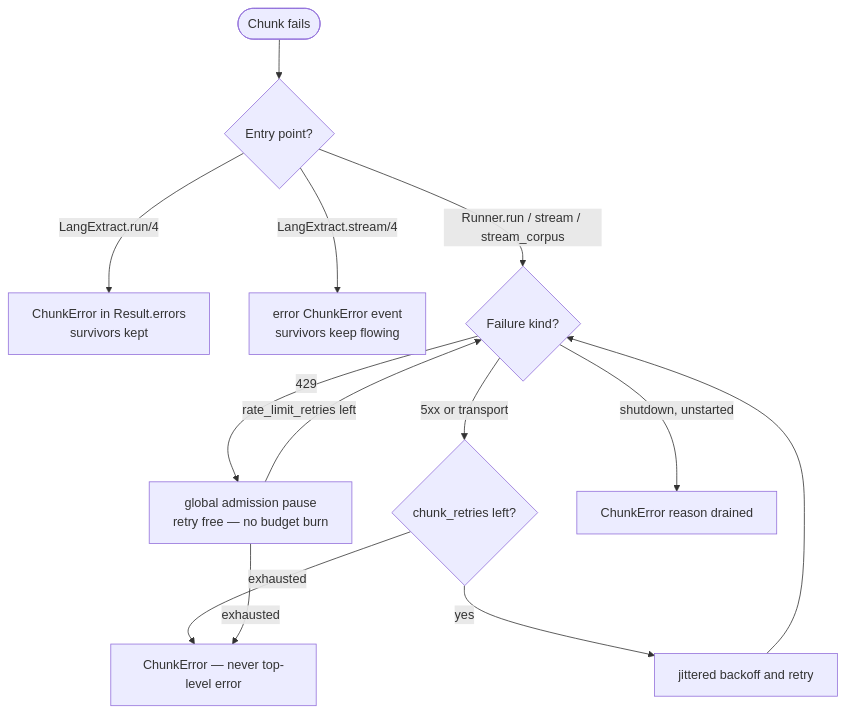
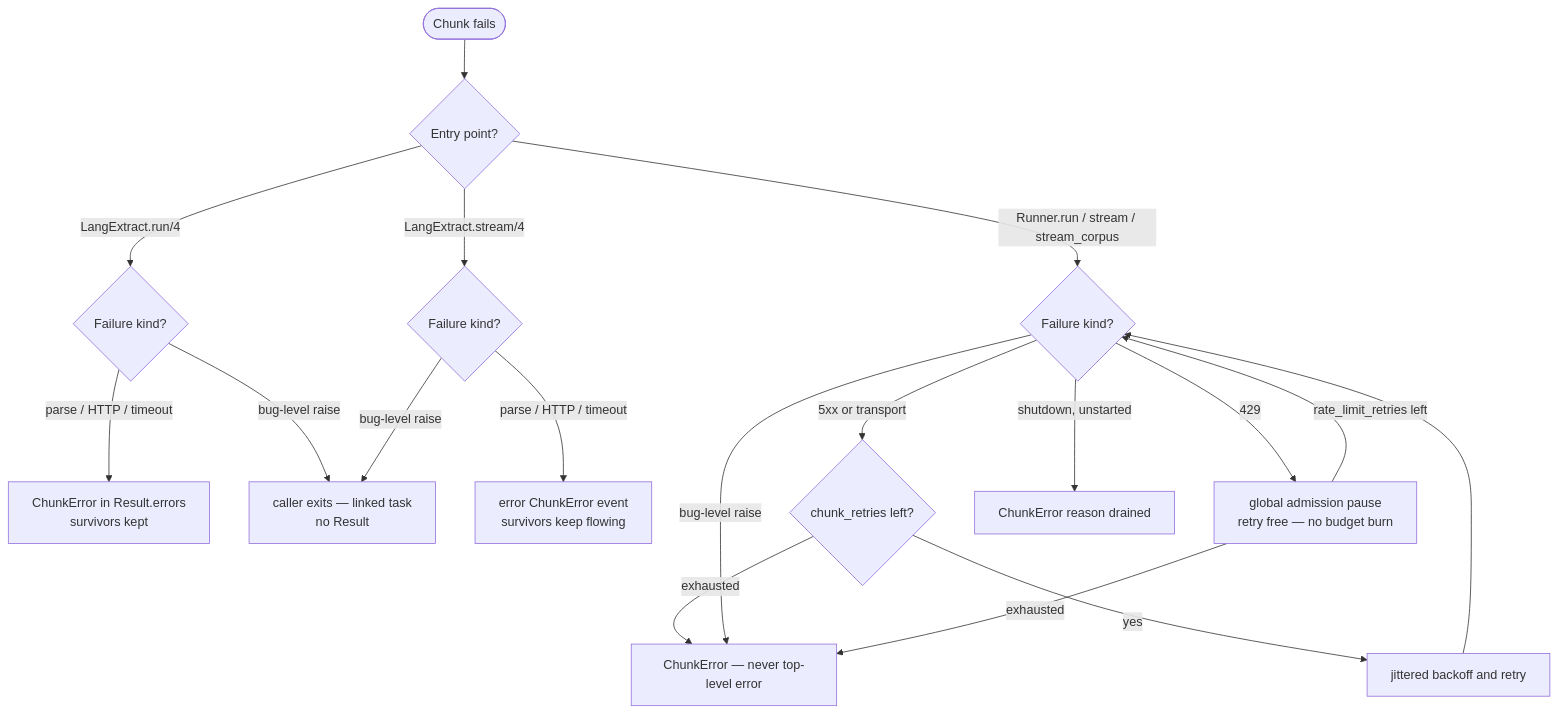
One commit to mdepolli/lang_extract changed the third of 3 diagrams in guides/production.md. Above: the diagram before and after it, drawn with Mermaid. The commit also changed other lines of this file and 4 other files, not shown here.

First line of the commit message:
Guard oversize align/3; document run/4 crash isolation honestly.

````diff
--- a/guides/production.md
+++ b/guides/production.md
@@ -145,18 +144,23 @@
 ```mermaid
 flowchart TD
     Start([Chunk fails]) --> Mode{Entry point?}
 
-    Mode -->|LangExtract.run/4| CE1["ChunkError in Result.errors<br/>survivors kept"]
+    Mode -->|LangExtract.run/4| KindS{Failure kind?}
+    KindS -->|parse / HTTP / timeout| CE1["ChunkError in Result.errors<br/>survivors kept"]
+    KindS -->|bug-level raise| Crash["caller exits — linked task<br/>no Result"]
 
-    Mode -->|LangExtract.stream/4| CE2["error ChunkError event<br/>survivors keep flowing"]
+    Mode -->|LangExtract.stream/4| KindT{Failure kind?}
+    KindT -->|parse / HTTP / timeout| CE2["error ChunkError event<br/>survivors keep flowing"]
+    KindT -->|bug-level raise| Crash
 
     Mode -->|Runner.run / stream / stream_corpus| KindX{Failure kind?}
     KindX -->|429| Pause["global admission pause<br/>retry free — no budget burn"]
     KindX -->|5xx or transport| Retry{chunk_retries left?}
     Retry -->|yes| Backoff[jittered backoff and retry]
     Backoff --> KindX
     Retry -->|exhausted| CE3["ChunkError — never top-level error"]
+    KindX -->|bug-level raise| CE3
     KindX -->|shutdown, unstarted| Drain["ChunkError reason drained"]
     Pause -->|rate_limit_retries left| KindX
     Pause -->|exhausted| CE3
 ```
````
